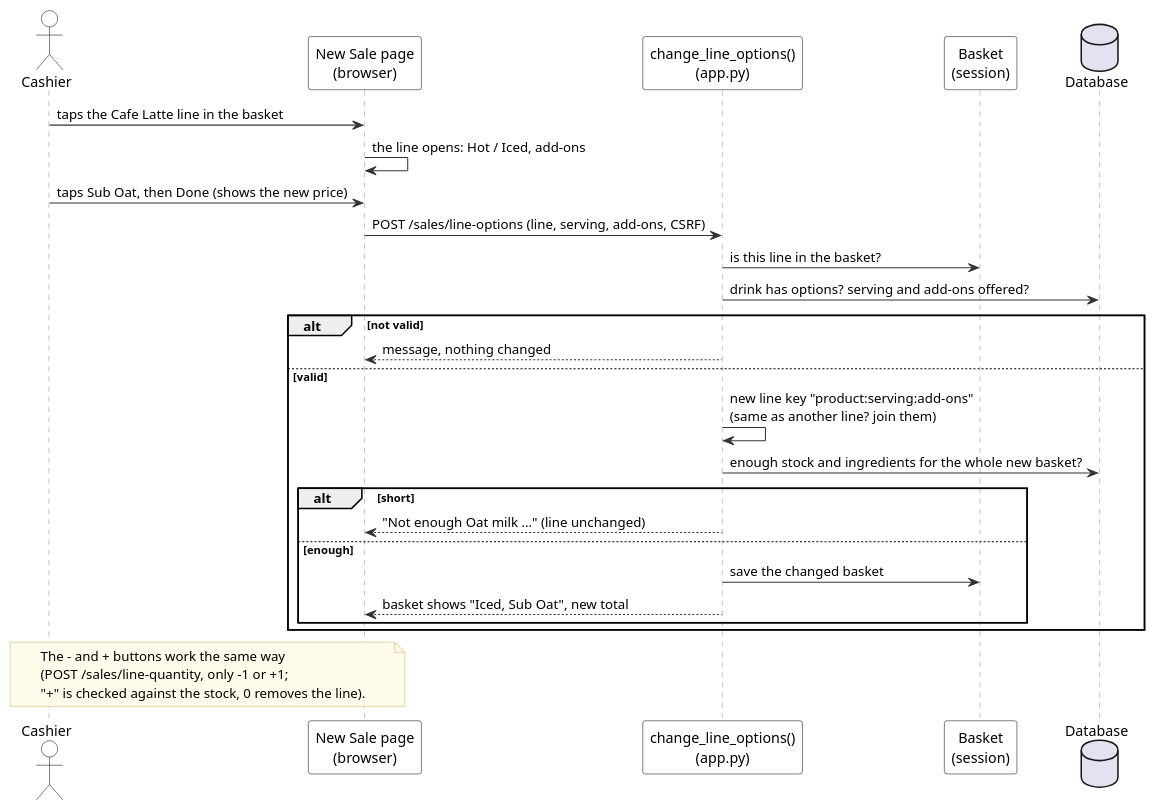
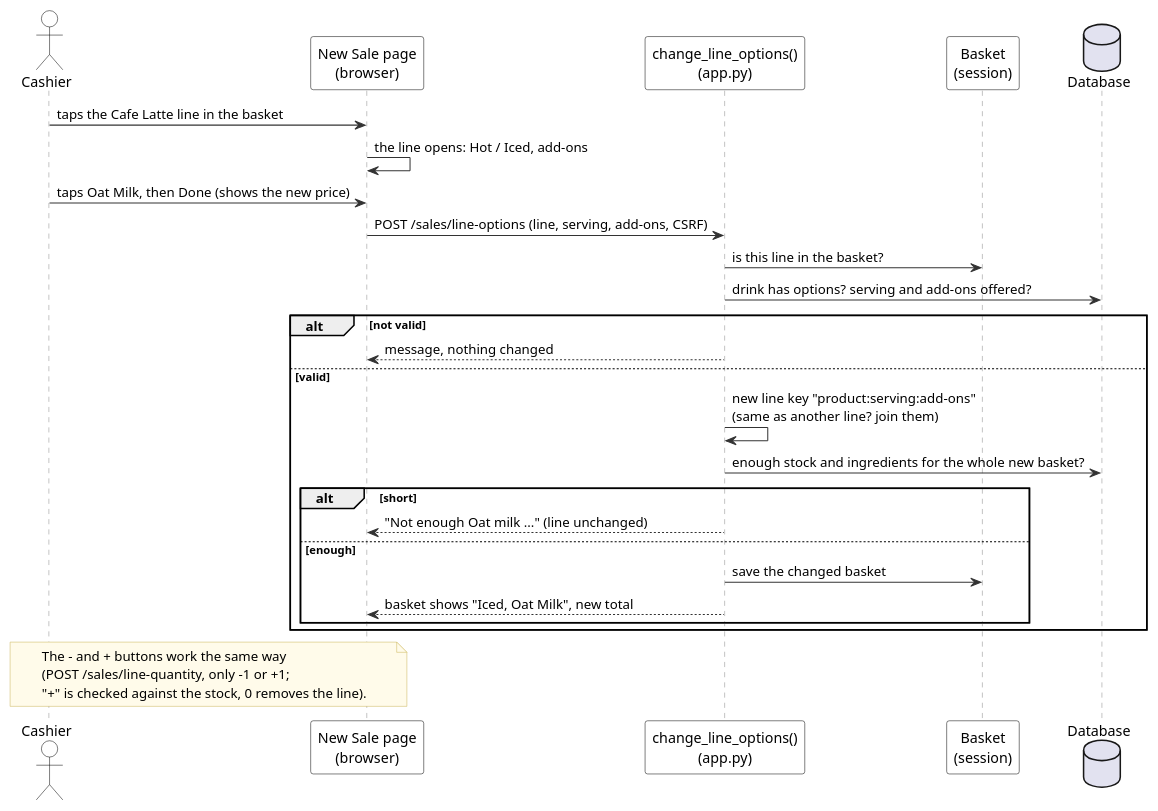
One commit to JmlAsync/inventory-pos-system changed the diagram in diagrams/uml/17_seq_change_basket_line.puml. Above: the diagram before and after it, drawn with PlantUML. The commit also changed 19 other files, not shown here.

```diff
--- a/diagrams/uml/17_seq_change_basket_line.puml
+++ b/diagrams/uml/17_seq_change_basket_line.puml
@@ -1,70 +1,70 @@
 @startuml
 ' Sequence: change a basket line (design 6a) - Inventory & POS System v0.20.4 (report, Lecture 5; redrawn 2026-10-12)
 ' Edit: paste into draw.io (Arrange > Insert > Advanced > PlantUML) or planttext.com
 skinparam defaultFontName Arial
 skinparam shadowing false
 skinparam ArrowColor #333333
 skinparam rectangle {
   BackgroundColor White
   BorderColor Black
 }
 skinparam usecase {
   BackgroundColor White
   BorderColor Black
 }
 skinparam class {
   BackgroundColor White
   BorderColor Black
   HeaderBackgroundColor #E6F1EE
 }
 skinparam activity {
   BackgroundColor White
   BorderColor Black
 }
 skinparam state {
   BackgroundColor White
   BorderColor Black
 }
 skinparam sequence {
   ParticipantBackgroundColor White
   ParticipantBorderColor Black
   LifeLineBorderColor #888888
   ActorBorderColor Black
   ActorBackgroundColor White
 }
 skinparam note {
   BackgroundColor #FFFBEA
   BorderColor #C9B458
 }
 skinparam swimlaneWidth same
 hide circle
 
 actor Cashier
 participant "New Sale page\n(browser)" as UI
 participant "change_line_options()\n(app.py)" as C
 participant "Basket\n(session)" as S
 database "Database" as DB
 Cashier -> UI : taps the Cafe Latte line in the basket
 UI -> UI : the line opens: Hot / Iced, add-ons
-Cashier -> UI : taps Sub Oat, then Done (shows the new price)
+Cashier -> UI : taps Oat Milk, then Done (shows the new price)
 UI -> C : POST /sales/line-options (line, serving, add-ons, CSRF)
 C -> S : is this line in the basket?
 C -> DB : drink has options? serving and add-ons offered?
 alt not valid
   C --> UI : message, nothing changed
 else valid
   C -> C : new line key "product:serving:add-ons"\n(same as another line? join them)
   C -> DB : enough stock and ingredients for the whole new basket?
   alt short
     C --> UI : "Not enough Oat milk ..." (line unchanged)
   else enough
     C -> S : save the changed basket
-    C --> UI : basket shows "Iced, Sub Oat", new total
+    C --> UI : basket shows "Iced, Oat Milk", new total
   end
 end
 note over Cashier, UI
   The - and + buttons work the same way
   (POST /sales/line-quantity, only -1 or +1;
   "+" is checked against the stock, 0 removes the line).
 end note
 @enduml
```
